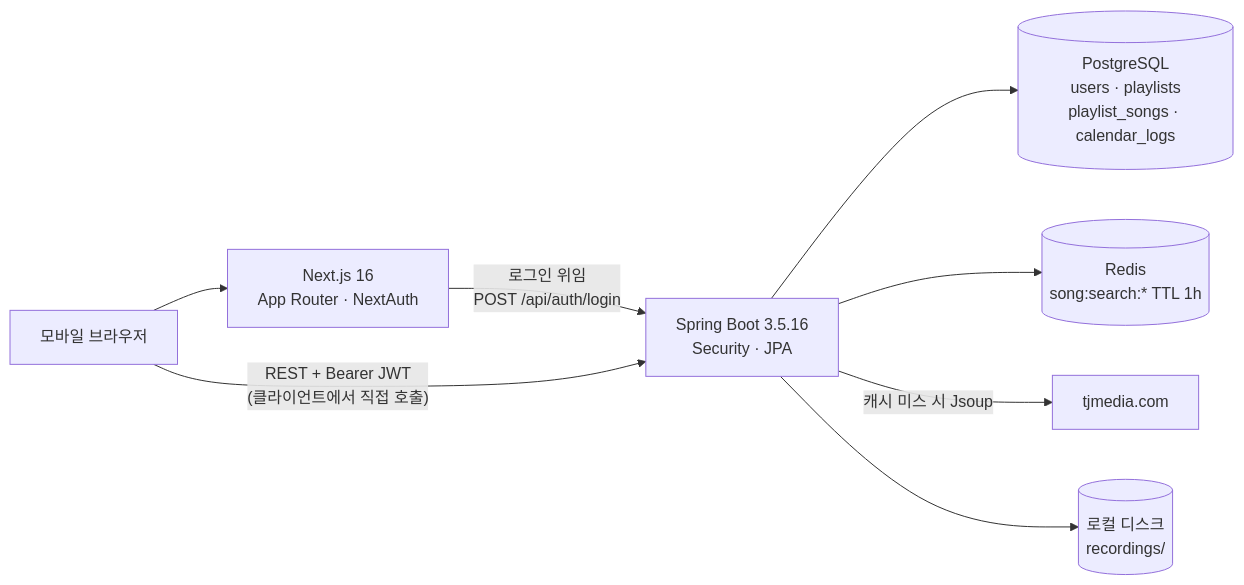
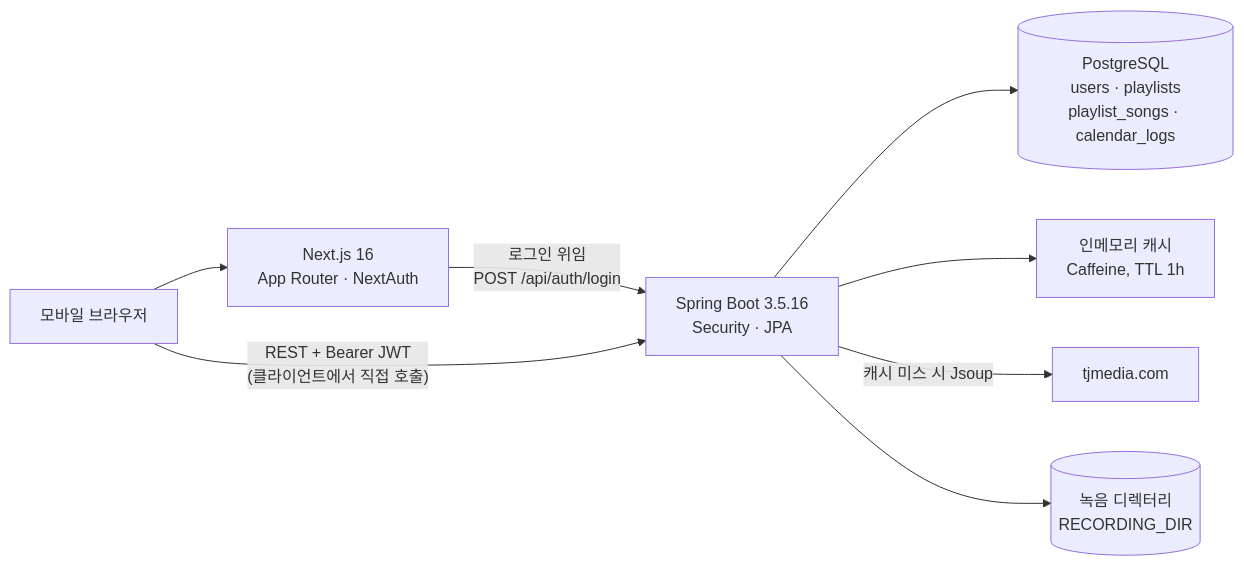
Before and after one commit to jsj1215/konolist: the second of 4 diagrams in README.md, drawn with Mermaid. The commit also changed other lines of this file and 15 other files, not shown here.

````diff
--- a/README.md
+++ b/README.md
@@ -86,10 +154,10 @@
 ```mermaid
 flowchart LR
     B["모바일 브라우저"] --> FE["Next.js 16<br/>App Router · NextAuth"]
     FE -- "로그인 위임<br/>POST /api/auth/login" --> BE
     B -- "REST + Bearer JWT<br/>(클라이언트에서 직접 호출)" --> BE["Spring Boot 3.5.16<br/>Security · JPA"]
     BE --> PG[("PostgreSQL<br/>users · playlists<br/>playlist_songs · calendar_logs")]
-    BE --> R[("Redis<br/>song:search:* TTL 1h")]
+    BE --> C["인메모리 캐시<br/>Caffeine, TTL 1h"]
     BE -- "캐시 미스 시 Jsoup" --> TJ["tjmedia.com"]
-    BE --> FS[("로컬 디스크<br/>recordings/")]
+    BE --> FS[("녹음 디렉터리<br/>RECORDING_DIR")]
 ```
````
